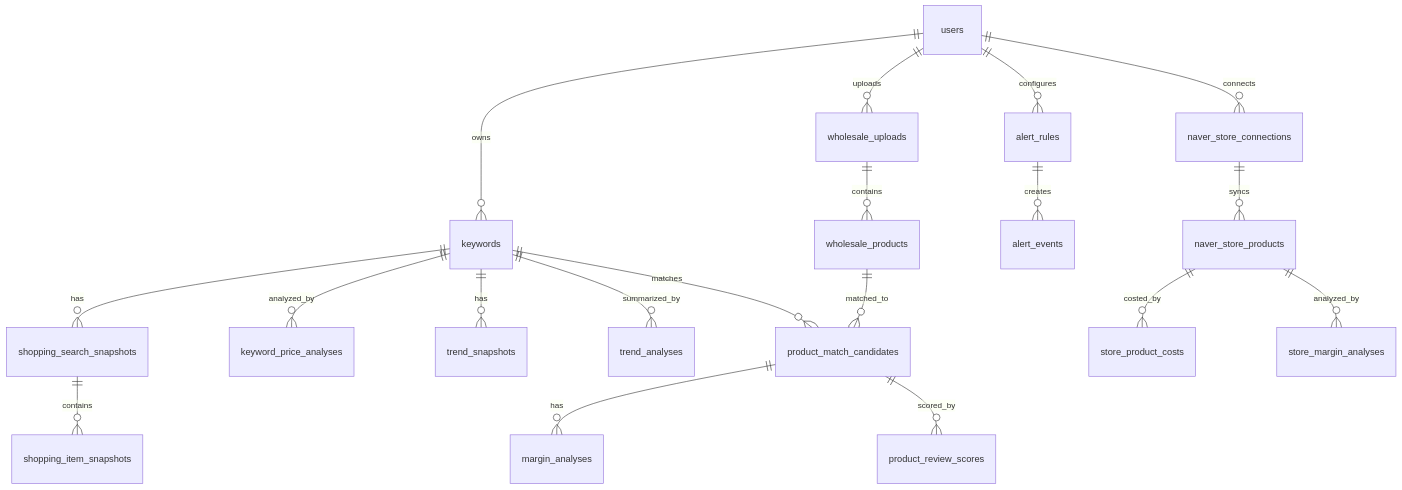
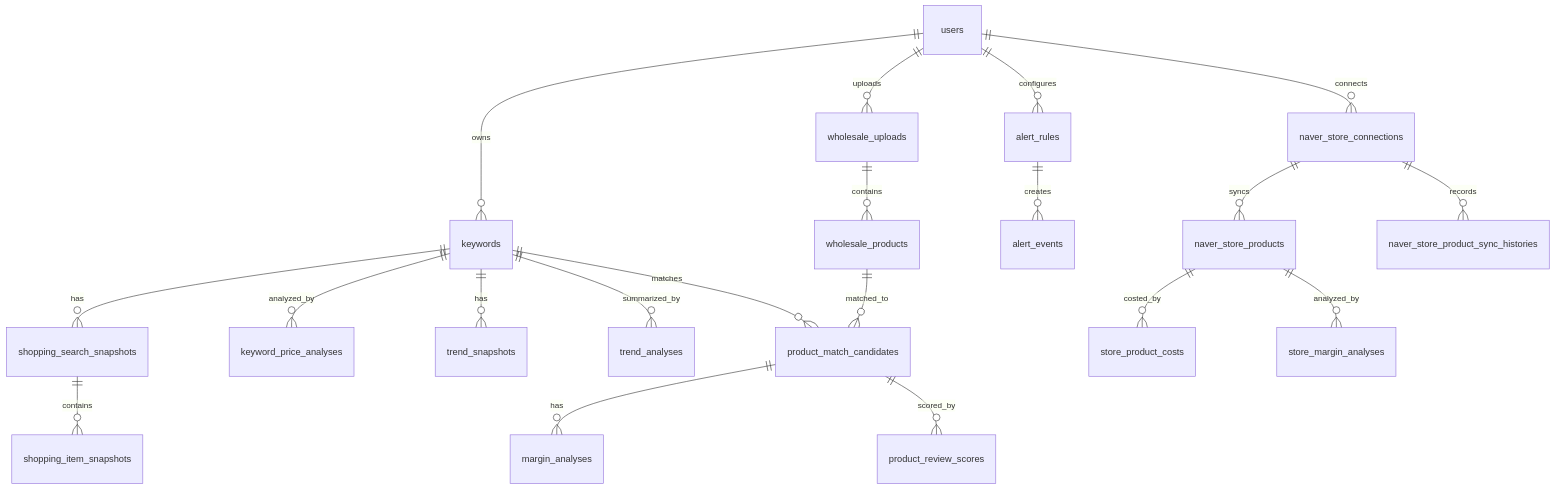
The diagram in docs/10_database_design.md (ho-beom-cheon/celera-radar), drawn with Mermaid before and after one commit. The commit also changed other lines of this file and 2 other files, not shown here.

Commit message:
docs: update smartstore product sync documentation

````diff
--- a/docs/10_database_design.md
+++ b/docs/10_database_design.md
@@ -66,21 +66,22 @@
 ```mermaid
 erDiagram
     users ||--o{ keywords : owns
     keywords ||--o{ shopping_search_snapshots : has
     shopping_search_snapshots ||--o{ shopping_item_snapshots : contains
     keywords ||--o{ keyword_price_analyses : analyzed_by
     keywords ||--o{ trend_snapshots : has
     keywords ||--o{ trend_analyses : summarized_by
     users ||--o{ wholesale_uploads : uploads
     wholesale_uploads ||--o{ wholesale_products : contains
     keywords ||--o{ product_match_candidates : matches
     wholesale_products ||--o{ product_match_candidates : matched_to
     product_match_candidates ||--o{ margin_analyses : has
     product_match_candidates ||--o{ product_review_scores : scored_by
     users ||--o{ alert_rules : configures
     alert_rules ||--o{ alert_events : creates
     users ||--o{ naver_store_connections : connects
     naver_store_connections ||--o{ naver_store_products : syncs
+    naver_store_connections ||--o{ naver_store_product_sync_histories : records
     naver_store_products ||--o{ store_product_costs : costed_by
     naver_store_products ||--o{ store_margin_analyses : analyzed_by
 ```
````
